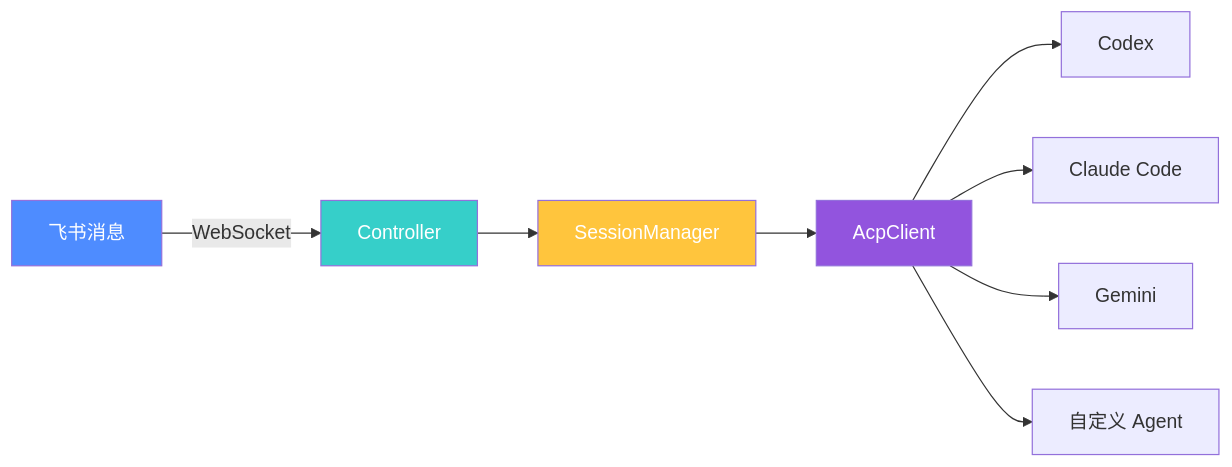
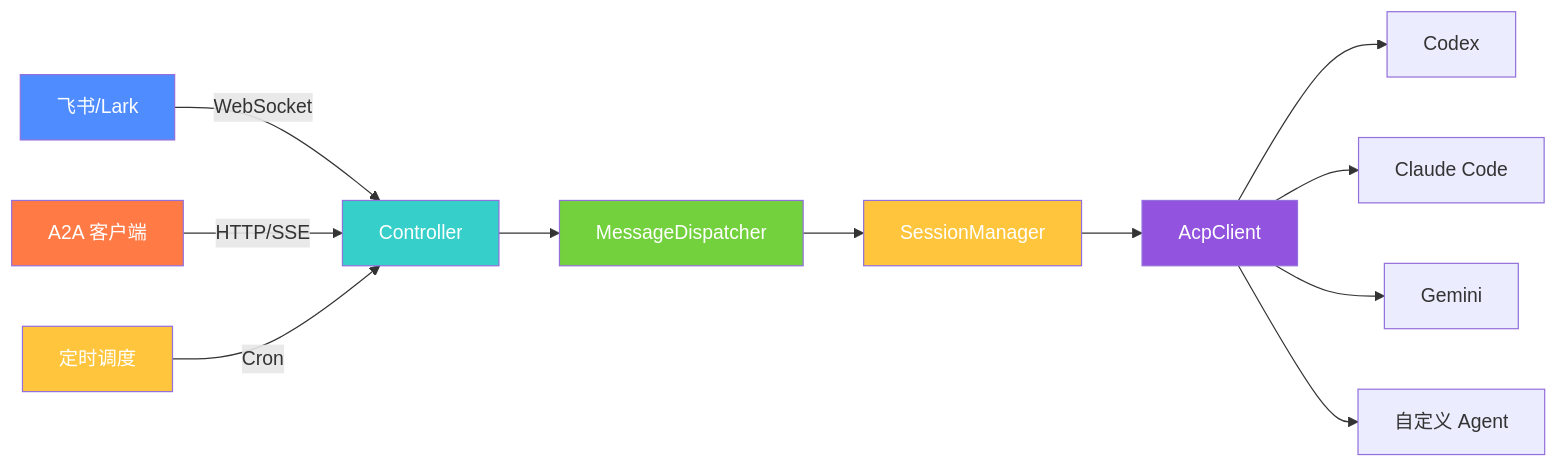
The diagram in README.zh-CN.md (IanYu-Tree/acp-claw), drawn with Mermaid before and after one commit. The commit also changed other lines of this file and 38 other files, not shown here.

First line of the commit message:
feat: add A2A channel, refactor architecture to modular structure

````diff
--- a/README.zh-CN.md
+++ b/README.zh-CN.md
@@ -109,15 +110,21 @@
 ```mermaid
 graph LR
-    A[飞书消息] -->|WebSocket| B[Controller]
-    B --> C[SessionManager]
-    C --> D[AcpClient]
-    D --> E[Codex]
-    D --> F[Claude Code]
-    D --> G[Gemini]
-    D --> H[自定义 Agent]
+    A[飞书/Lark] -->|WebSocket| C[Controller]
+    B[A2A 客户端] -->|HTTP/SSE| C
+    S[定时调度] -->|Cron| C
+    C --> D[MessageDispatcher]
+    D --> E[SessionManager]
+    E --> F[AcpClient]
+    F --> G[Codex]
+    F --> H[Claude Code]
+    F --> I[Gemini]
+    F --> J[自定义 Agent]
 
     style A fill:#4e8cff,color:#fff
-    style B fill:#36cfc9,color:#fff
-    style C fill:#ffc53d,color:#fff
-    style D fill:#9254de,color:#fff
+    style B fill:#ff7a45,color:#fff
+    style S fill:#ffc53d,color:#fff
+    style C fill:#36cfc9,color:#fff
+    style D fill:#73d13d,color:#fff
+    style E fill:#ffc53d,color:#fff
+    style F fill:#9254de,color:#fff
 ```
````
